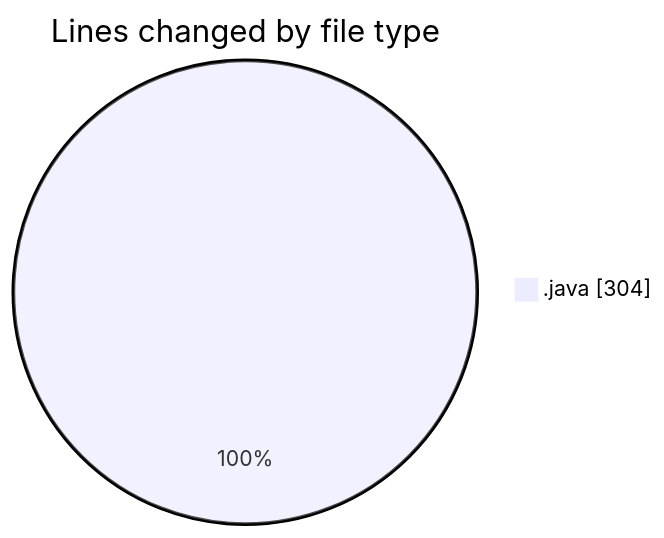
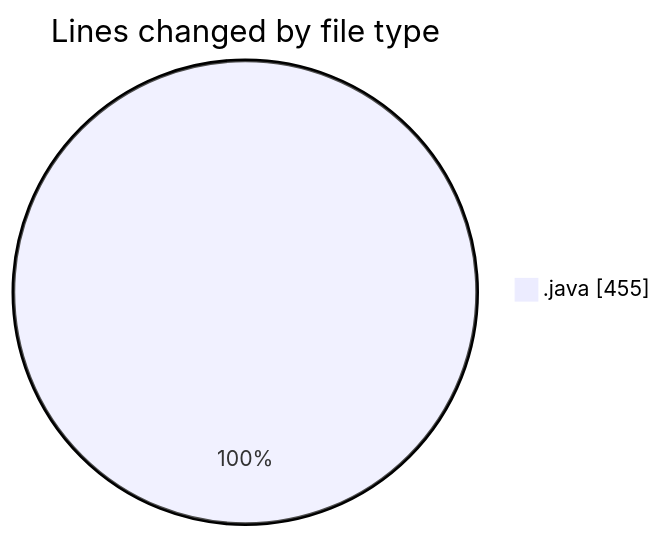
One commit to Elitesun/code-tracking changed the first of 2 diagrams in 2025-02-20/projet/README.md. Above: the diagram before and after it, drawn with Mermaid. The commit also changed other lines of this file and 1 other file, not shown here.

````diff
--- a/2025-02-20/projet/README.md
+++ b/2025-02-20/projet/README.md
@@ -21,5 +22,5 @@
 ```mermaid
 pie showData
 title Lines changed by file type
-".java" : 304
+".java" : 455
 ```
````
